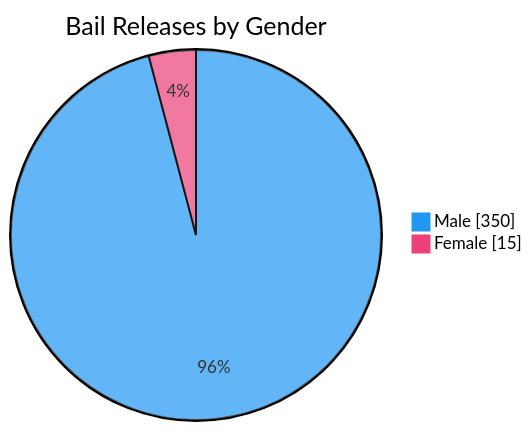
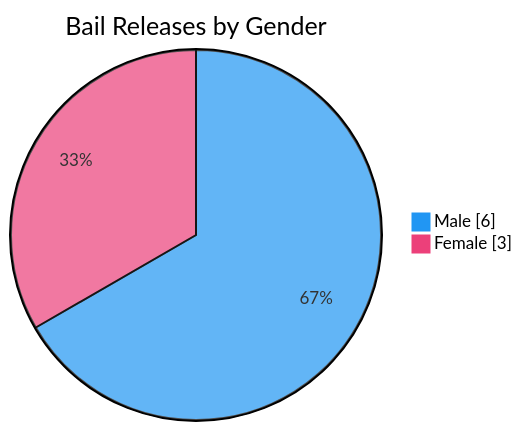
Before and after one commit to nuuuwan/lk_prisons: the seventh of 7 diagrams in README.md, drawn with Mermaid. The commit also changed other lines of this file and 1 other file, not shown here.

````diff
--- a/README.md
+++ b/README.md
@@ -109,6 +109,6 @@
 ```mermaid
 %%{init: {'themeVariables': {'pie1': '#2196F3', 'pie2': '#EC407A'}}}%%
 pie showData title Bail Releases by Gender
-    "Male" : 350
-    "Female" : 15
+    "Male" : 6
+    "Female" : 3
 ```
````
